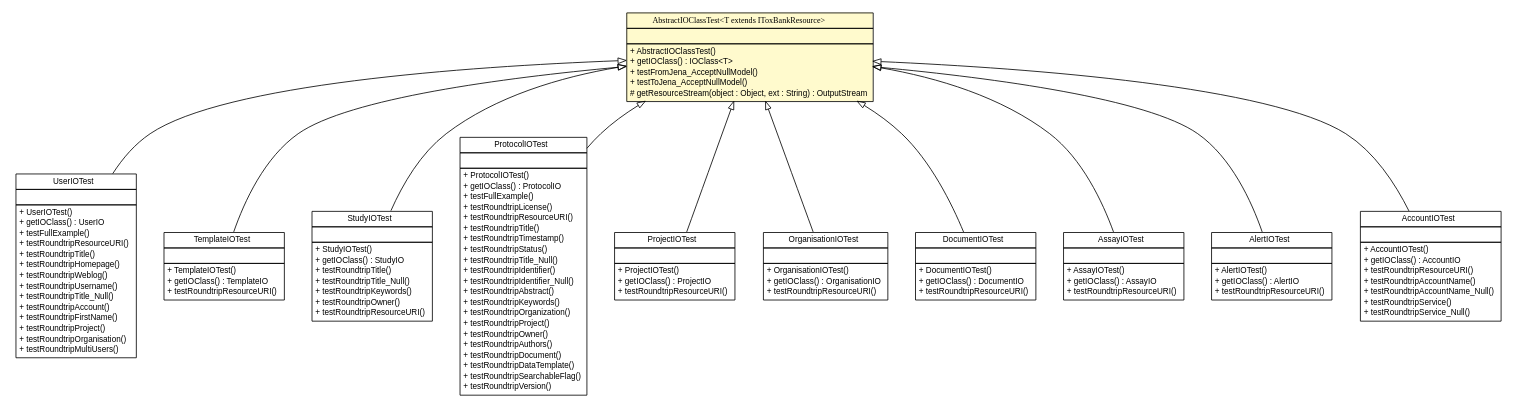
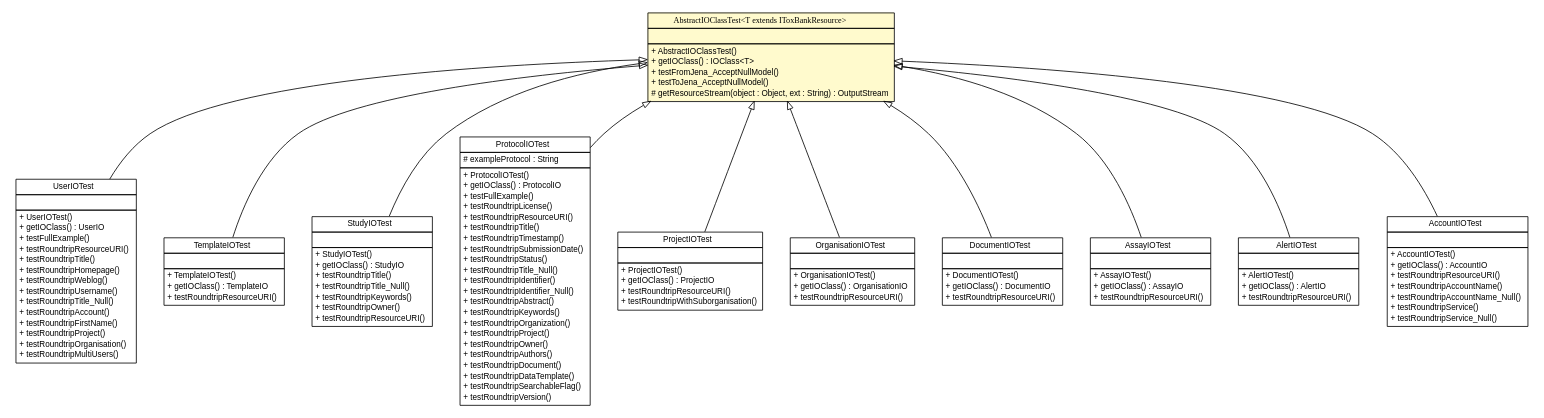
One commit to ToxBank/toxbank-api-beans changed the diagram in testapidocs/net/toxbank/client/io/rdf/AbstractIOClassTest.dot. Above: the diagram before and after it, drawn with Graphviz. The commit also changed 102 other files, not shown here.

```diff
--- a/testapidocs/net/toxbank/client/io/rdf/AbstractIOClassTest.dot
+++ b/testapidocs/net/toxbank/client/io/rdf/AbstractIOClassTest.dot
@@ -70,7 +70,7 @@
 			<tr><td> ProtocolIOTest </td></tr>
 		</table></td></tr>
 		<tr><td><table border="0" cellspacing="0" cellpadding="1">
-			<tr><td align="left">  </td></tr>
+			<tr><td align="left"> # exampleProtocol : String </td></tr>
 		</table></td></tr>
 		<tr><td><table border="0" cellspacing="0" cellpadding="1">
 			<tr><td align="left"> + ProtocolIOTest() </td></tr>
@@ -80,6 +80,7 @@
 			<tr><td align="left"> + testRoundtripResourceURI() </td></tr>
 			<tr><td align="left"> + testRoundtripTitle() </td></tr>
 			<tr><td align="left"> + testRoundtripTimestamp() </td></tr>
+			<tr><td align="left"> + testRoundtripSubmissionDate() </td></tr>
 			<tr><td align="left"> + testRoundtripStatus() </td></tr>
 			<tr><td align="left"> + testRoundtripTitle_Null() </td></tr>
 			<tr><td align="left"> + testRoundtripIdentifier() </td></tr>
@@ -108,6 +109,7 @@
 			<tr><td align="left"> + ProjectIOTest() </td></tr>
 			<tr><td align="left"> + getIOClass() : ProjectIO </td></tr>
 			<tr><td align="left"> + testRoundtripResourceURI() </td></tr>
+			<tr><td align="left"> + testRoundtripWithSuborganisation() </td></tr>
 		</table></td></tr>
 		</table>>, fontname="arial", fontcolor="black", fontsize=10.0];
 	// net.toxbank.client.io.rdf.OrganisationIOTest
```
